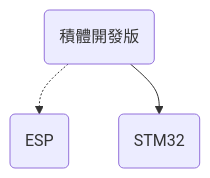
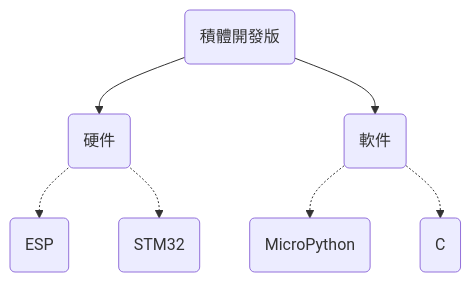
One commit to hkdickyko/hkdickyko.github.io changed the diagram in _posts/2021-09-30-jekyll.md. Above: the diagram before and after it, drawn with Mermaid. The commit also changed other lines of this file, not shown here.

```diff
--- a/_posts/2021-09-30-jekyll.md
+++ b/_posts/2021-09-30-jekyll.md
@@ -93,8 +93,16 @@
 <div class="mermaid">
 graph TD;
-    A("積體開發版");
-    B("ESP");
-    C("STM32");
-    A-.->B;
-    A-->C;
+    A("積體開發版")
+    B("硬件");
+    C("ESP");
+    D("STM32");
+    E("軟件");
+    F("MicroPython")
+    G("C")
+    A-->B;
+    B-.->C;
+    B-.->D;
+    A-->E;
+    E-.->F;
+    E-.->G;
 </div>
```
